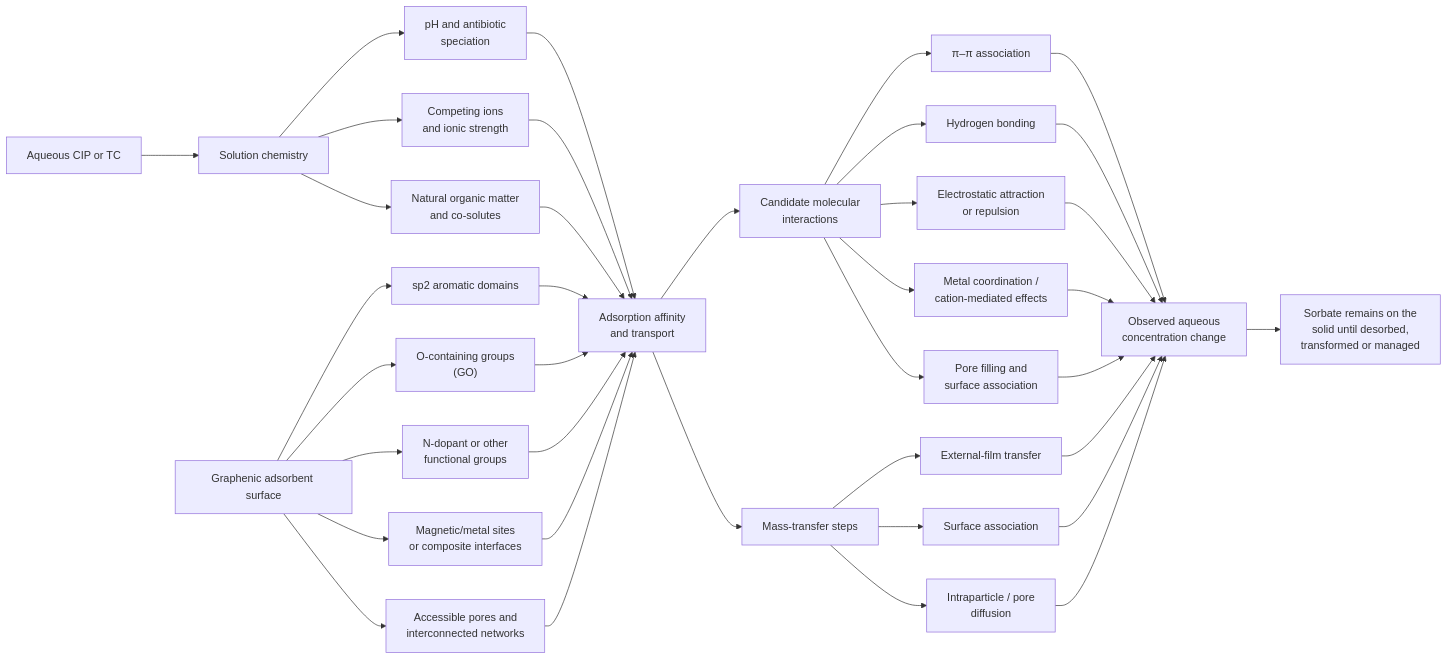
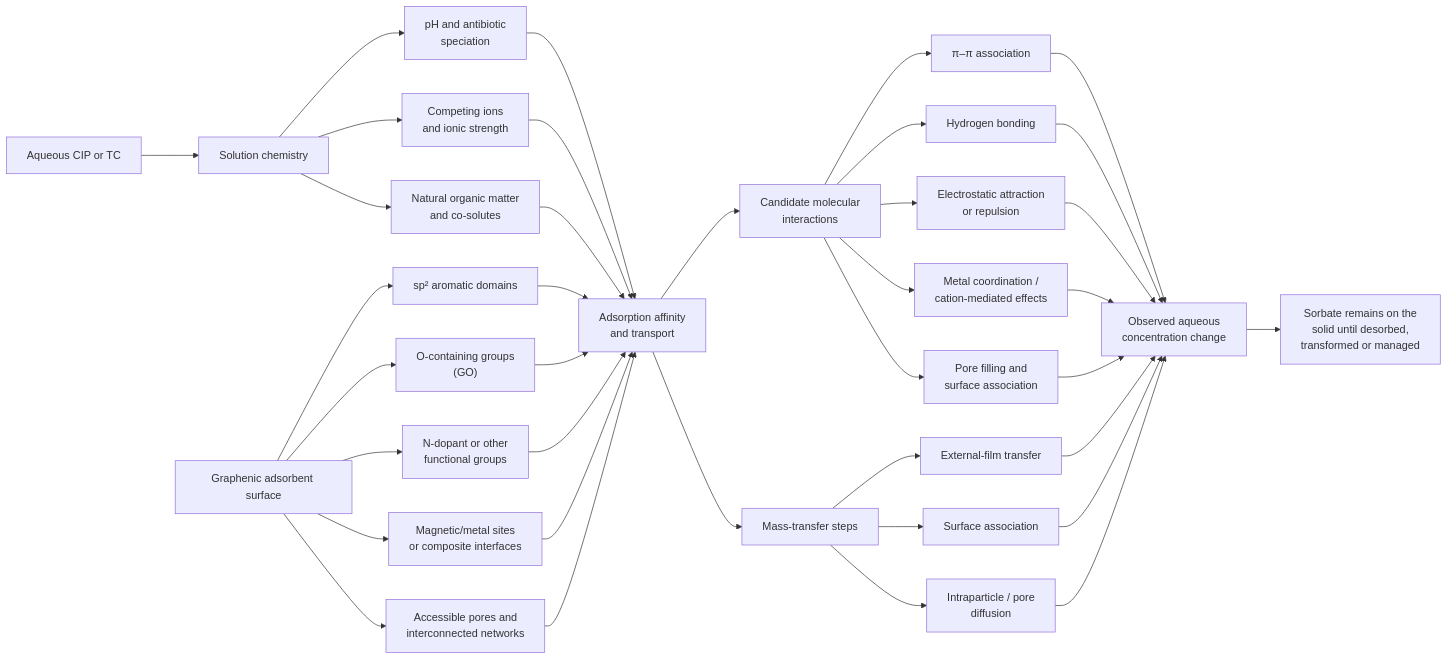
The fourth of 5 diagrams in manuscript/SEMESTER_MANUSCRIPT_ASSEMBLED_SOURCE_V2.md (zaidkhan005/reviewAdsorbants), drawn with Mermaid before and after one commit. The commit also changed other lines of this file, not shown here.

Commit message:
Proofread manuscript prose and improve study-paragraph flow

````diff
--- a/manuscript/SEMESTER_MANUSCRIPT_ASSEMBLED_SOURCE_V2.md
+++ b/manuscript/SEMESTER_MANUSCRIPT_ASSEMBLED_SOURCE_V2.md
@@ -548,45 +564,45 @@
 ```mermaid
 flowchart LR
     A["Aqueous CIP or TC"] --> B["Solution chemistry"]
     B --> B1["pH and antibiotic<br/>speciation"]
     B --> B2["Competing ions<br/>and ionic strength"]
     B --> B3["Natural organic matter<br/>and co-solutes"]
 
-    C["Graphenic adsorbent surface"] --> C1["sp2 aromatic domains"]
+    C["Graphenic adsorbent surface"] --> C1["sp² aromatic domains"]
     C --> C2["O-containing groups<br/>(GO)"]
     C --> C3["N-dopant or other<br/>functional groups"]
     C --> C4["Magnetic/metal sites<br/>or composite interfaces"]
     C --> C5["Accessible pores and<br/>interconnected networks"]
 
     B1 --> D["Adsorption affinity<br/>and transport"]
     B2 --> D
     B3 --> D
     C1 --> D
     C2 --> D
     C3 --> D
     C4 --> D
     C5 --> D
 
     D --> E["Candidate molecular<br/>interactions"]
     E --> E1["π–π association"]
     E --> E2["Hydrogen bonding"]
     E --> E3["Electrostatic attraction<br/>or repulsion"]
     E --> E4["Metal coordination /<br/>cation-mediated effects"]
     E --> E5["Pore filling and<br/>surface association"]
 
     D --> F["Mass-transfer steps"]
     F --> F1["External-film transfer"]
     F --> F2["Surface association"]
     F --> F3["Intraparticle / pore<br/>diffusion"]
 
     E1 --> G["Observed aqueous<br/>concentration change"]
     E2 --> G
     E3 --> G
     E4 --> G
     E5 --> G
     F1 --> G
     F2 --> G
     F3 --> G
 
     G --> H["Sorbate remains on the<br/>solid until desorbed,<br/>transformed or managed"]
 ```
````
